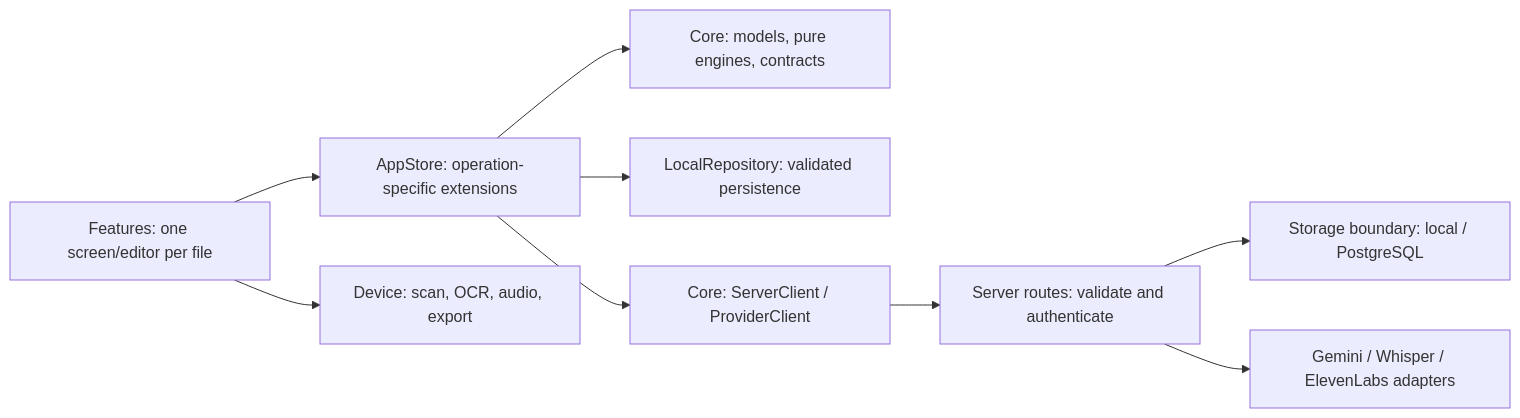
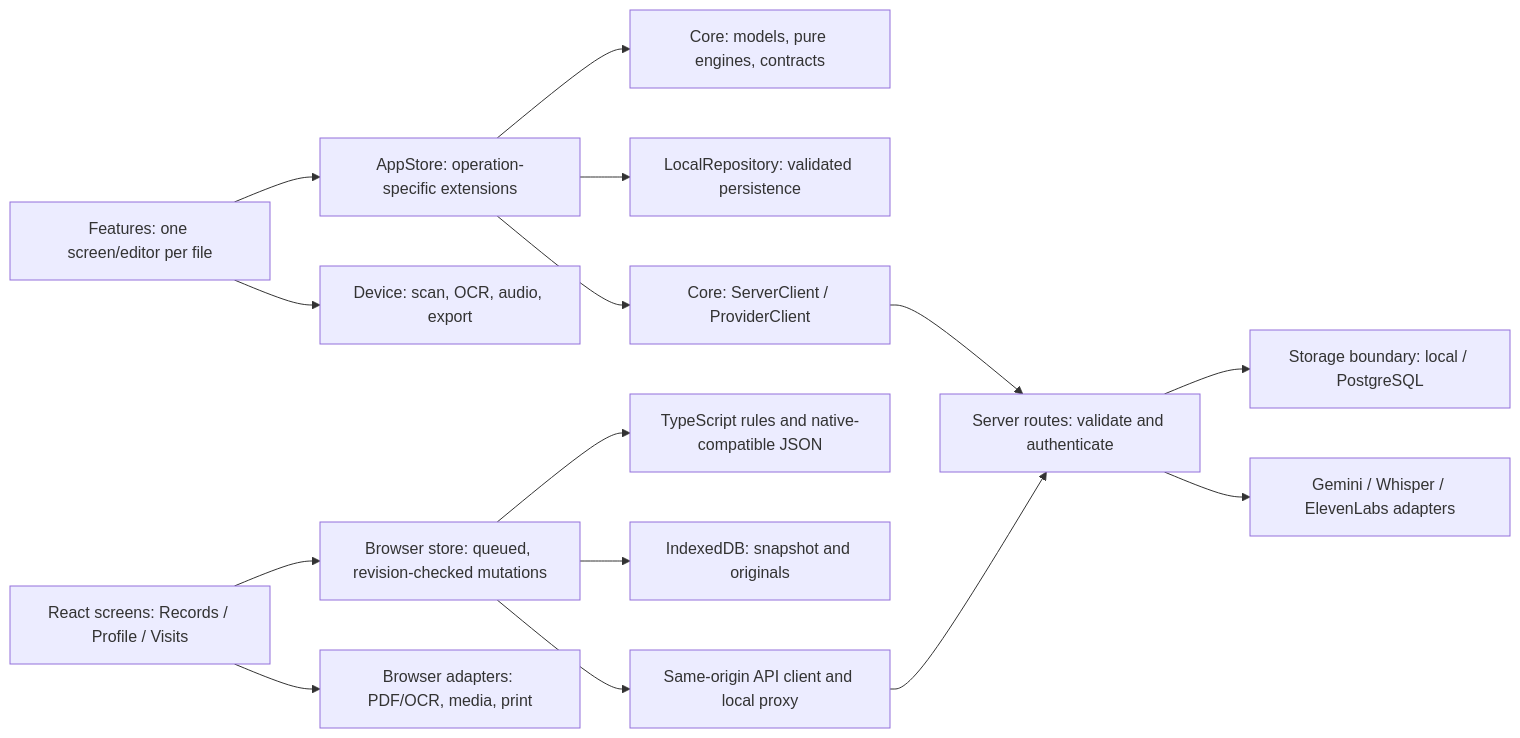
Before and after one commit to Siddiqui-R/2026_ricehackathon_medicine: the diagram in docs/coding-standard.md, drawn with Mermaid. The commit also changed other lines of this file and 12 other files, not shown here.

````diff
--- a/docs/coding-standard.md
+++ b/docs/coding-standard.md
@@ -9,11 +9,17 @@
 ```mermaid
 flowchart LR
     UI["Features: one screen/editor per file"] --> STATE["AppStore: operation-specific extensions"]
     STATE --> DOMAIN["Core: models, pure engines, contracts"]
     STATE --> LOCAL["LocalRepository: validated persistence"]
     UI --> DEVICE["Device: scan, OCR, audio, export"]
     STATE --> HTTP["Core: ServerClient / ProviderClient"]
     HTTP --> ROUTES["Server routes: validate and authenticate"]
     ROUTES --> STORE["Storage boundary: local / PostgreSQL"]
     ROUTES --> PROVIDERS["Gemini / Whisper / ElevenLabs adapters"]
+    WEBUI["React screens: Records / Profile / Visits"] --> WEBSTATE["Browser store: queued, revision-checked mutations"]
+    WEBSTATE --> WEBRULES["TypeScript rules and native-compatible JSON"]
+    WEBSTATE --> IDB["IndexedDB: snapshot and originals"]
+    WEBUI --> BROWSER["Browser adapters: PDF/OCR, media, print"]
+    WEBSTATE --> WEBHTTP["Same-origin API client and local proxy"]
+    WEBHTTP --> ROUTES
 ```
````
